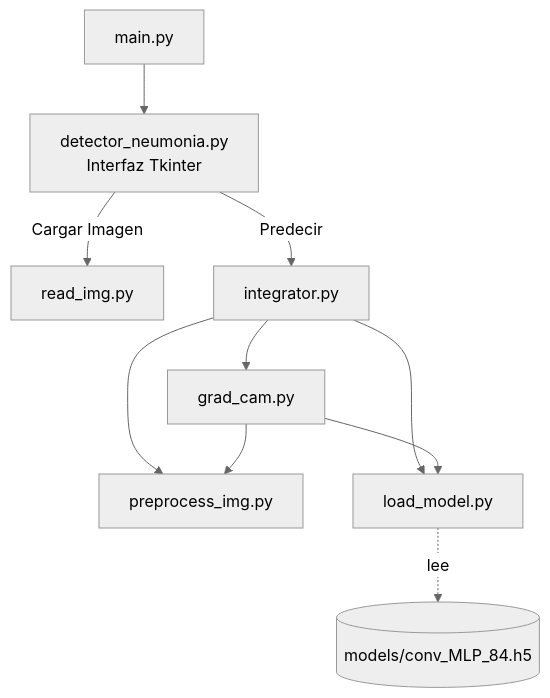
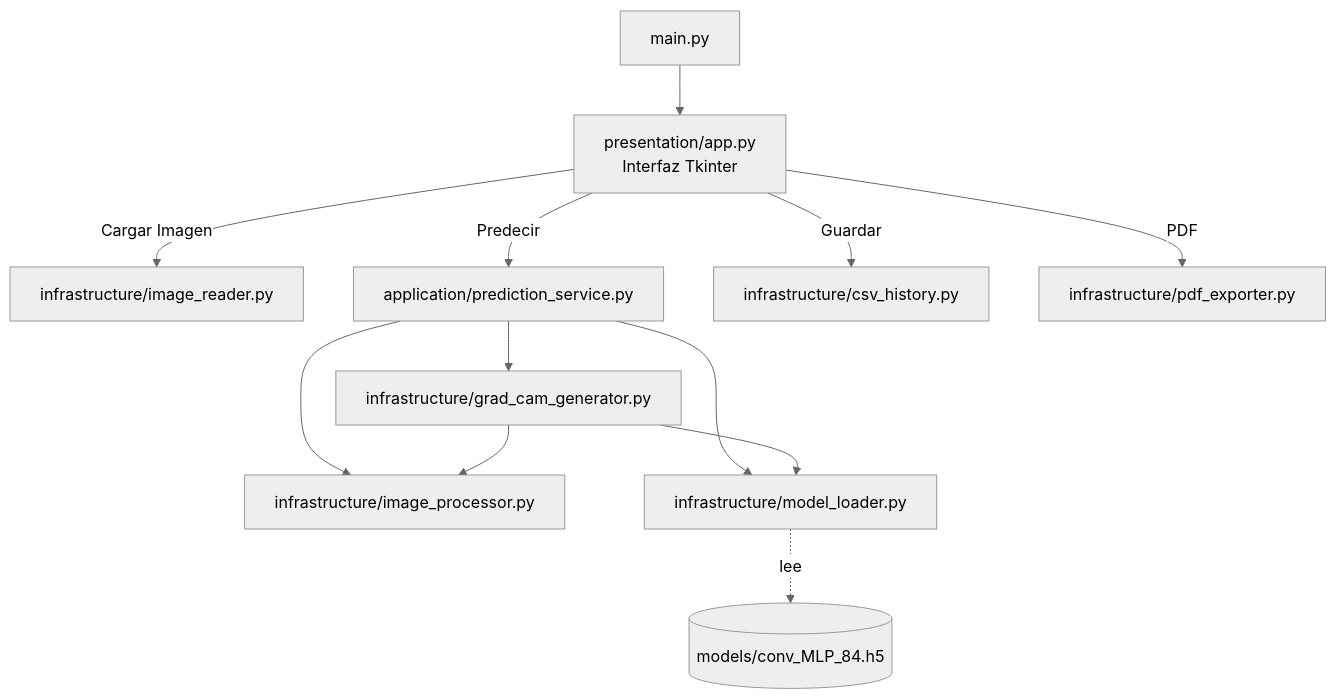
Before and after one commit to milton329/UAO-Neumonia: the diagram in README.md, drawn with Mermaid (neutral theme). The commit also changed other lines of this file and 10 other files, not shown here.

````diff
--- a/README.md
+++ b/README.md
@@ -47,12 +48,14 @@
 ```mermaid
 flowchart TD
-    main[main.py] --> gui["detector_neumonia.py<br/>Interfaz Tkinter"]
-    gui -->|Cargar Imagen| read[read_img.py]
-    gui -->|Predecir| integ[integrator.py]
-    integ --> prep[preprocess_img.py]
-    integ --> model[load_model.py]
-    integ --> gc[grad_cam.py]
+    main[main.py] --> gui["presentation/app.py<br/>Interfaz Tkinter"]
+    gui -->|Cargar Imagen| read[infrastructure/image_reader.py]
+    gui -->|Predecir| svc[application/prediction_service.py]
+    svc --> prep[infrastructure/image_processor.py]
+    svc --> model[infrastructure/model_loader.py]
+    svc --> gc[infrastructure/grad_cam_generator.py]
     gc --> prep
     gc --> model
     model -.lee.-> h5[("models/conv_MLP_84.h5")]
+    gui -->|Guardar| csv[infrastructure/csv_history.py]
+    gui -->|PDF| pdf[infrastructure/pdf_exporter.py]
 ```
````
